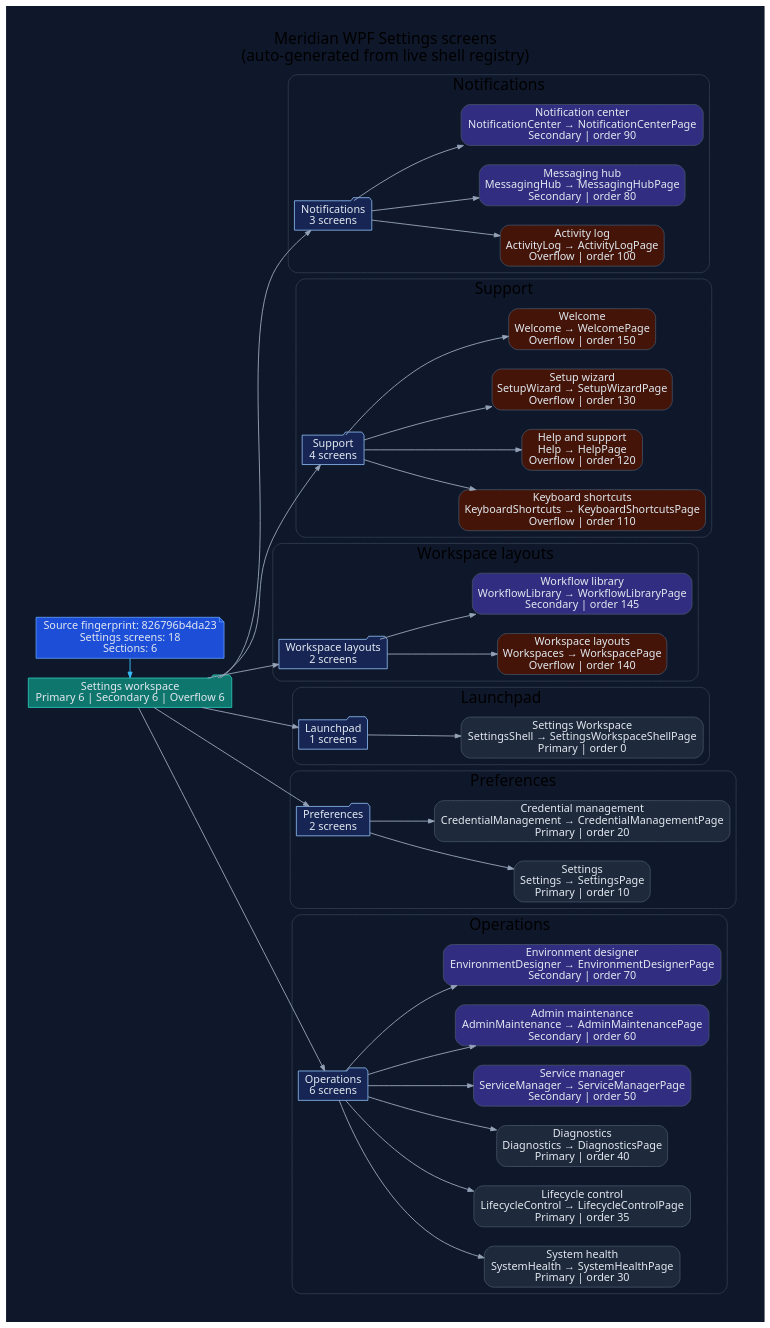
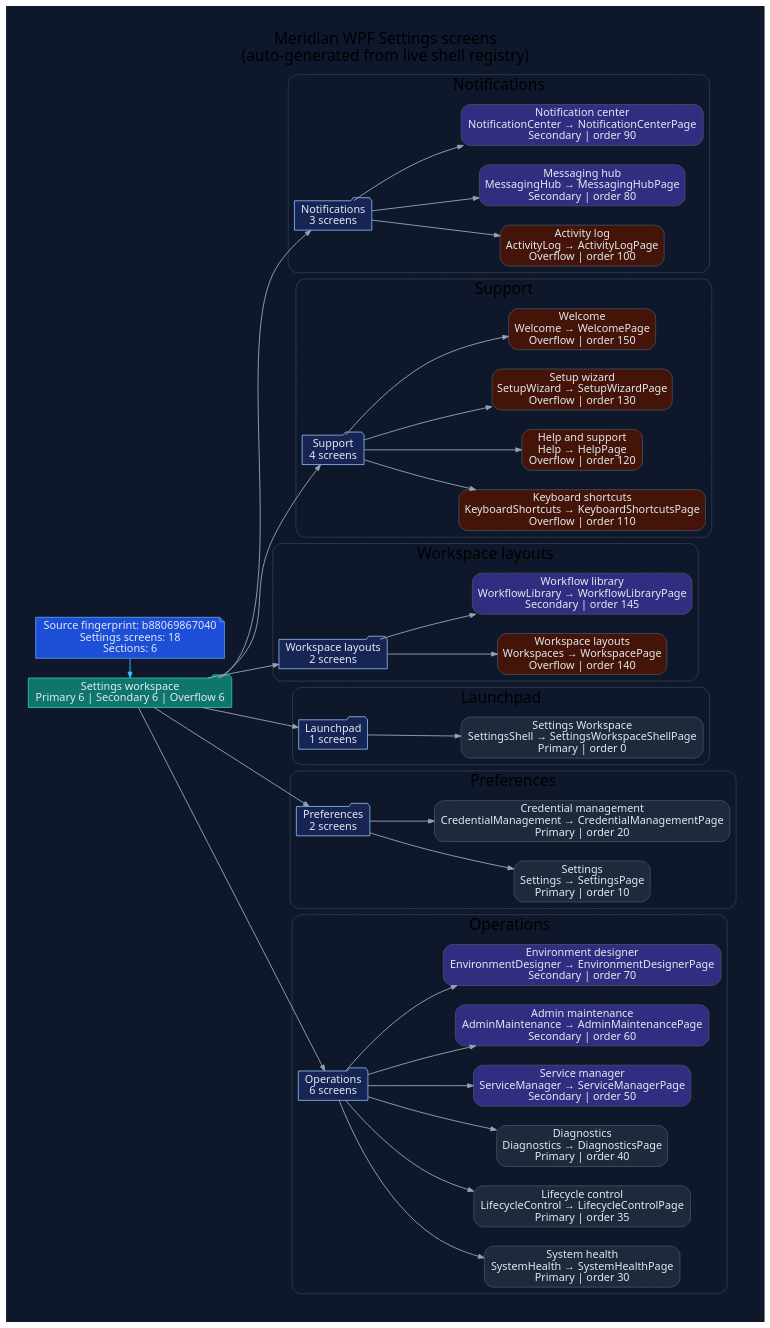
The diagram in docs/diagrams/ui-wpf-screens-settings.dot (rodoHasArrived/Meridian-main), drawn with Graphviz before and after one commit. The commit also changed 96 other files, not shown here.

First line of the commit message:
Refresh reviewed generated documentation and source hashes for the stack

```diff
--- a/docs/diagrams/ui-wpf-screens-settings.dot
+++ b/docs/diagrams/ui-wpf-screens-settings.dot
@@ -1,110 +1,110 @@
 // -----------------------------------------------------------------------------
 // <auto-generated>
 // Generated by scripts/generate-diagrams.mjs.
 // Do not edit this file directly; update the WPF source files instead.
 // -----------------------------------------------------------------------------
 digraph WpfSettingsScreens {
   graph [
     rankdir=LR,
     labelloc=t,
     label="Meridian WPF Settings screens\n(auto-generated from live shell registry)",
     fontname="Segoe UI",
     fontsize=20,
     pad=0.4,
     nodesep=0.35,
     ranksep=0.85,
     bgcolor="#0f172a"
   ];
   node [fontname="Segoe UI", shape=box, style="rounded,filled", color="#475569", fontcolor="#e2e8f0", fillcolor="#1e293b"];
   edge [fontname="Segoe UI", color="#94a3b8", penwidth=1.2, arrowsize=0.75];
 
-  generated [shape=note, fillcolor="#1d4ed8", color="#60a5fa", label="Source fingerprint: 826796b4da23\nSettings screens: 18\nSections: 6"];
+  generated [shape=note, fillcolor="#1d4ed8", color="#60a5fa", label="Source fingerprint: b88069867040\nSettings screens: 18\nSections: 6"];
   workspace [shape=folder, fillcolor="#0f766e", color="#2dd4bf", label="Settings workspace\nPrimary 6 | Secondary 6 | Overflow 6"];
   generated -> workspace [color="#38bdf8"];
 
   subgraph cluster_section_1 {
     label="Notifications";
     color="#334155";
     style="rounded";
     section_1 [shape=folder, fillcolor="#172554", color="#93c5fd", label="Notifications\n3 screens"];
     workspace -> section_1;
     screen_ActivityLog [fillcolor="#431407", label="Activity log\nActivityLog → ActivityLogPage\nOverflow | order 100"];
     section_1 -> screen_ActivityLog;
     screen_MessagingHub [fillcolor="#312e81", label="Messaging hub\nMessagingHub → MessagingHubPage\nSecondary | order 80"];
     section_1 -> screen_MessagingHub;
     screen_NotificationCenter [fillcolor="#312e81", label="Notification center\nNotificationCenter → NotificationCenterPage\nSecondary | order 90"];
     section_1 -> screen_NotificationCenter;
   }
 
   subgraph cluster_section_2 {
     label="Support";
     color="#334155";
     style="rounded";
     section_2 [shape=folder, fillcolor="#172554", color="#93c5fd", label="Support\n4 screens"];
     workspace -> section_2;
     screen_KeyboardShortcuts [fillcolor="#431407", label="Keyboard shortcuts\nKeyboardShortcuts → KeyboardShortcutsPage\nOverflow | order 110"];
     section_2 -> screen_KeyboardShortcuts;
     screen_Help [fillcolor="#431407", label="Help and support\nHelp → HelpPage\nOverflow | order 120"];
     section_2 -> screen_Help;
     screen_SetupWizard [fillcolor="#431407", label="Setup wizard\nSetupWizard → SetupWizardPage\nOverflow | order 130"];
     section_2 -> screen_SetupWizard;
     screen_Welcome [fillcolor="#431407", label="Welcome\nWelcome → WelcomePage\nOverflow | order 150"];
     section_2 -> screen_Welcome;
   }
 
   subgraph cluster_section_3 {
     label="Workspace layouts";
     color="#334155";
     style="rounded";
     section_3 [shape=folder, fillcolor="#172554", color="#93c5fd", label="Workspace layouts\n2 screens"];
     workspace -> section_3;
     screen_Workspaces [fillcolor="#431407", label="Workspace layouts\nWorkspaces → WorkspacePage\nOverflow | order 140"];
     section_3 -> screen_Workspaces;
     screen_WorkflowLibrary [fillcolor="#312e81", label="Workflow library\nWorkflowLibrary → WorkflowLibraryPage\nSecondary | order 145"];
     section_3 -> screen_WorkflowLibrary;
   }
 
   subgraph cluster_section_4 {
     label="Launchpad";
     color="#334155";
     style="rounded";
     section_4 [shape=folder, fillcolor="#172554", color="#93c5fd", label="Launchpad\n1 screens"];
     workspace -> section_4;
     screen_SettingsShell [fillcolor="#1e293b", label="Settings Workspace\nSettingsShell → SettingsWorkspaceShellPage\nPrimary | order 0"];
     section_4 -> screen_SettingsShell;
   }
 
   subgraph cluster_section_5 {
     label="Preferences";
     color="#334155";
     style="rounded";
     section_5 [shape=folder, fillcolor="#172554", color="#93c5fd", label="Preferences\n2 screens"];
     workspace -> section_5;
     screen_Settings [fillcolor="#1e293b", label="Settings\nSettings → SettingsPage\nPrimary | order 10"];
     section_5 -> screen_Settings;
     screen_CredentialManagement [fillcolor="#1e293b", label="Credential management\nCredentialManagement → CredentialManagementPage\nPrimary | order 20"];
     section_5 -> screen_CredentialManagement;
   }
 
   subgraph cluster_section_6 {
     label="Operations";
     color="#334155";
     style="rounded";
     section_6 [shape=folder, fillcolor="#172554", color="#93c5fd", label="Operations\n6 screens"];
     workspace -> section_6;
     screen_SystemHealth [fillcolor="#1e293b", label="System health\nSystemHealth → SystemHealthPage\nPrimary | order 30"];
     section_6 -> screen_SystemHealth;
     screen_LifecycleControl [fillcolor="#1e293b", label="Lifecycle control\nLifecycleControl → LifecycleControlPage\nPrimary | order 35"];
     section_6 -> screen_LifecycleControl;
     screen_Diagnostics [fillcolor="#1e293b", label="Diagnostics\nDiagnostics → DiagnosticsPage\nPrimary | order 40"];
     section_6 -> screen_Diagnostics;
     screen_ServiceManager [fillcolor="#312e81", label="Service manager\nServiceManager → ServiceManagerPage\nSecondary | order 50"];
     section_6 -> screen_ServiceManager;
     screen_AdminMaintenance [fillcolor="#312e81", label="Admin maintenance\nAdminMaintenance → AdminMaintenancePage\nSecondary | order 60"];
     section_6 -> screen_AdminMaintenance;
     screen_EnvironmentDesigner [fillcolor="#312e81", label="Environment designer\nEnvironmentDesigner → EnvironmentDesignerPage\nSecondary | order 70"];
     section_6 -> screen_EnvironmentDesigner;
   }
 
   { rank=min; generated; workspace; }
 }
```
